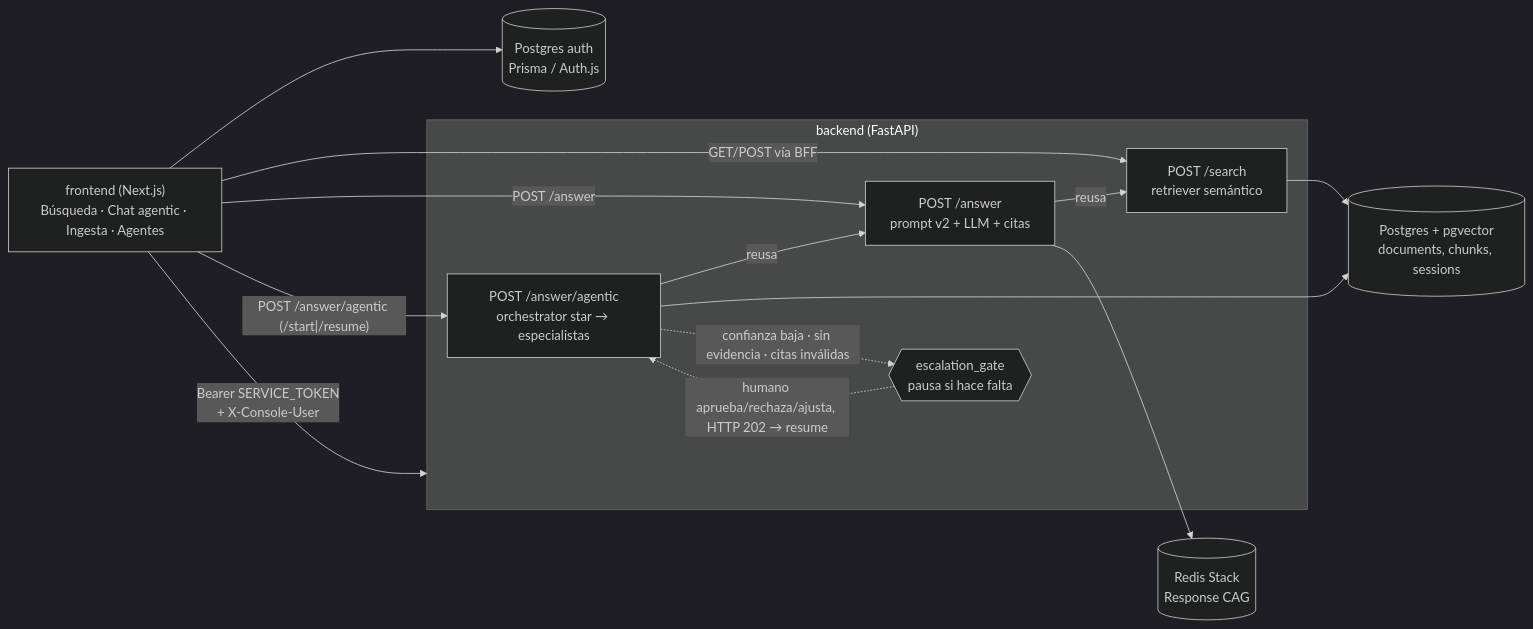
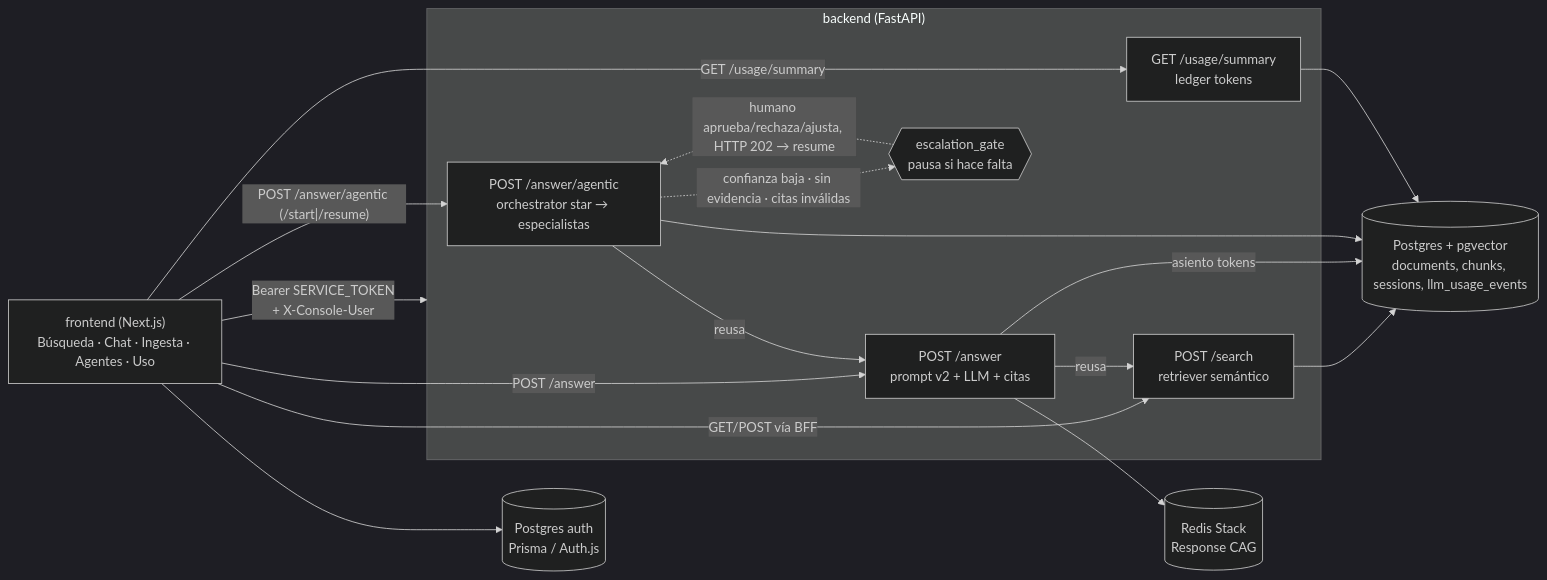
The diagram in README.md (raulahumada/lidr-finalproject), drawn with Mermaid (dark theme) before and after one commit. The commit also changed other lines of this file and 2 other files, not shown here.

Commit message:
docs: document LLM usage ledger and admin /usage console

````diff
--- a/README.md
+++ b/README.md
@@ -24,28 +24,32 @@
 ```mermaid
 flowchart LR
-    UI["frontend (Next.js)<br/>Búsqueda · Chat agentic · Ingesta · Agentes"]
+    UI["frontend (Next.js)<br/>Búsqueda · Chat · Ingesta · Agentes · Uso"]
 
     subgraph API["backend (FastAPI)"]
         RET["POST /search<br/>retriever semántico"]
         GEN["POST /answer<br/>prompt v2 + LLM + citas"]
         ORCH["POST /answer/agentic<br/>orchestrator star → especialistas"]
+        USAGE["GET /usage/summary<br/>ledger tokens"]
         GATE{{"escalation_gate<br/>pausa si hace falta"}}
     end
 
-    PG[("Postgres + pgvector<br/>documents, chunks, sessions")]
+    PG[("Postgres + pgvector<br/>documents, chunks, sessions, llm_usage_events")]
     AUTH[("Postgres auth<br/>Prisma / Auth.js")]
     REDIS[("Redis Stack<br/>Response CAG")]
 
     UI -->|"Bearer SERVICE_TOKEN<br/>+ X-Console-User"| API
     UI --> AUTH
     UI -->|"GET/POST vía BFF"| RET
     UI -->|"POST /answer"| GEN
     UI -->|"POST /answer/agentic (/start|/resume)"| ORCH
+    UI -->|"GET /usage/summary"| USAGE
     RET --> PG
     GEN -->|reusa| RET
     GEN --> REDIS
+    GEN -->|asiento tokens| PG
     ORCH -->|reusa| GEN
     ORCH --> PG
+    USAGE --> PG
     ORCH -.confianza baja · sin evidencia · citas inválidas.-> GATE
     GATE -.humano aprueba/rechaza/ajusta, HTTP 202 → resume.-> ORCH
 ```
````
